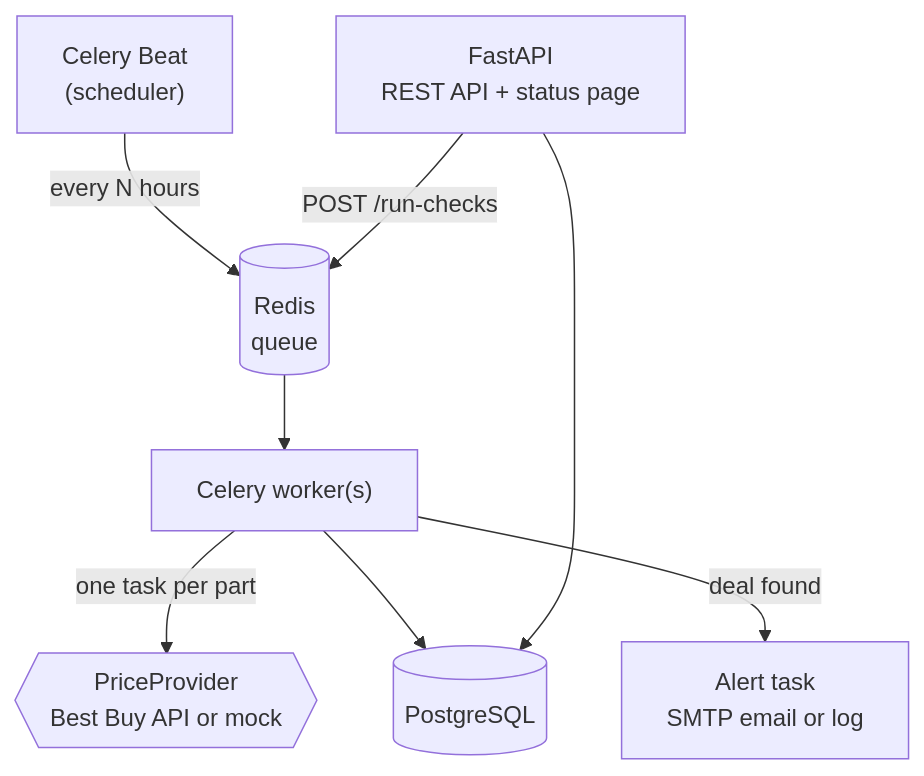
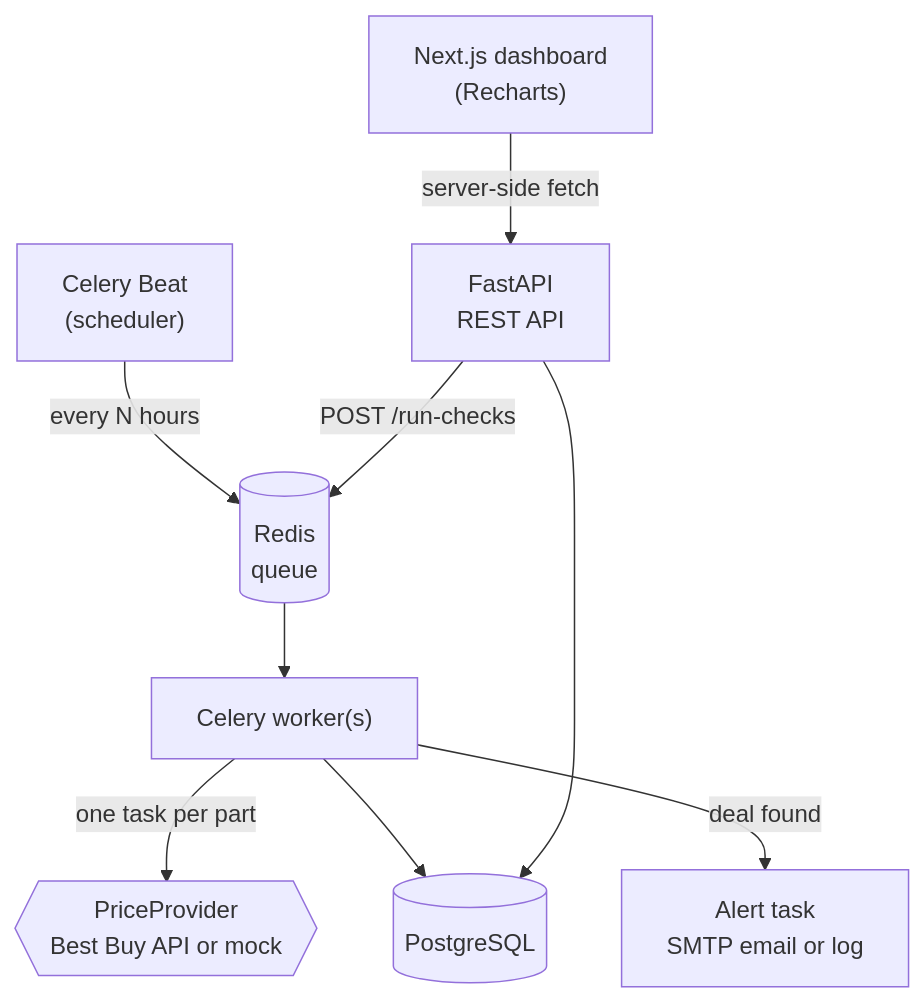
The diagram in README.md (pepsi-boy/partwatch), drawn with Mermaid before and after one commit. The commit also changed other lines of this file and 5 other files, not shown here.

````diff
--- a/README.md
+++ b/README.md
@@ -23,10 +25,11 @@
 ```mermaid
 flowchart TD
     beat["Celery Beat<br/>(scheduler)"] -->|every N hours| redis[(Redis<br/>queue)]
-    api["FastAPI<br/>REST API + status page"] -->|POST /run-checks| redis
+    api["FastAPI<br/>REST API"] -->|POST /run-checks| redis
     redis --> worker["Celery worker(s)"]
     worker -->|one task per part| provider{{"PriceProvider<br/>Best Buy API or mock"}}
     worker --> pg[(PostgreSQL)]
     worker -->|deal found| alert["Alert task<br/>SMTP email or log"]
     api --> pg
+    web["Next.js dashboard<br/>(Recharts)"] -->|server-side fetch| api
 ```
````
